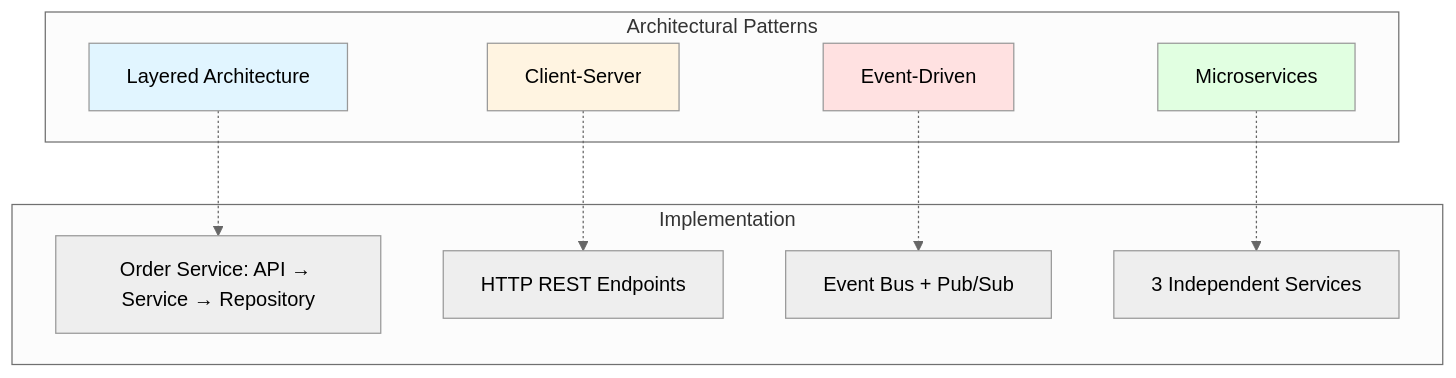
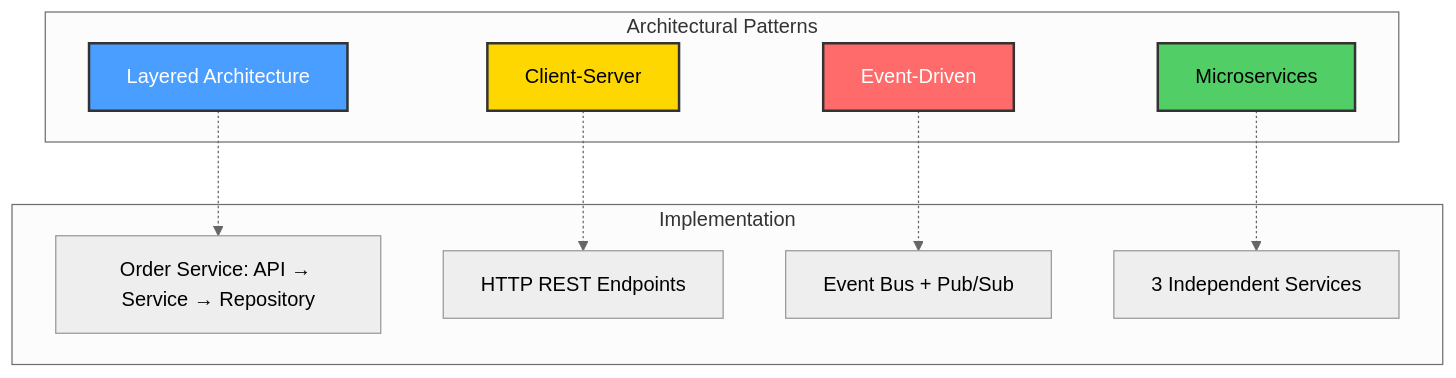
One commit to elewashy/Tanta-University changed the fourth of 6 diagrams in Level_3/Semester_1/Distributed_Systems/Project/System_Architecture_in_Distributed_Systems/README.md. Above: the diagram before and after it, drawn with Mermaid (neutral theme). The commit also changed other lines of this file and 4 other files, not shown here.

````diff
--- a/Level_3/Semester_1/Distributed_Systems/Project/System_Architecture_in_Distributed_Systems/README.md
+++ b/Level_3/Semester_1/Distributed_Systems/Project/System_Architecture_in_Distributed_Systems/README.md
@@ -175,26 +175,26 @@
 ```mermaid
 graph TB
     subgraph "Architectural Patterns"
         L[Layered Architecture]
         CS[Client-Server]
         ED[Event-Driven]
         MS[Microservices]
     end
     
     subgraph "Implementation"
         L1[Order Service: API → Service → Repository]
         CS1[HTTP REST Endpoints]
         ED1[Event Bus + Pub/Sub]
         MS1[3 Independent Services]
     end
     
     L -.-> L1
     CS -.-> CS1
     ED -.-> ED1
     MS -.-> MS1
     
-    style L fill:#e1f5ff
-    style CS fill:#fff4e1
-    style ED fill:#ffe1e1
-    style MS fill:#e1ffe1
+    style L fill:#4a9eff,stroke:#333,stroke-width:2px,color:#fff
+    style CS fill:#ffd700,stroke:#333,stroke-width:2px,color:#000
+    style ED fill:#ff6b6b,stroke:#333,stroke-width:2px,color:#fff
+    style MS fill:#51cf66,stroke:#333,stroke-width:2px,color:#000
 ```
````
